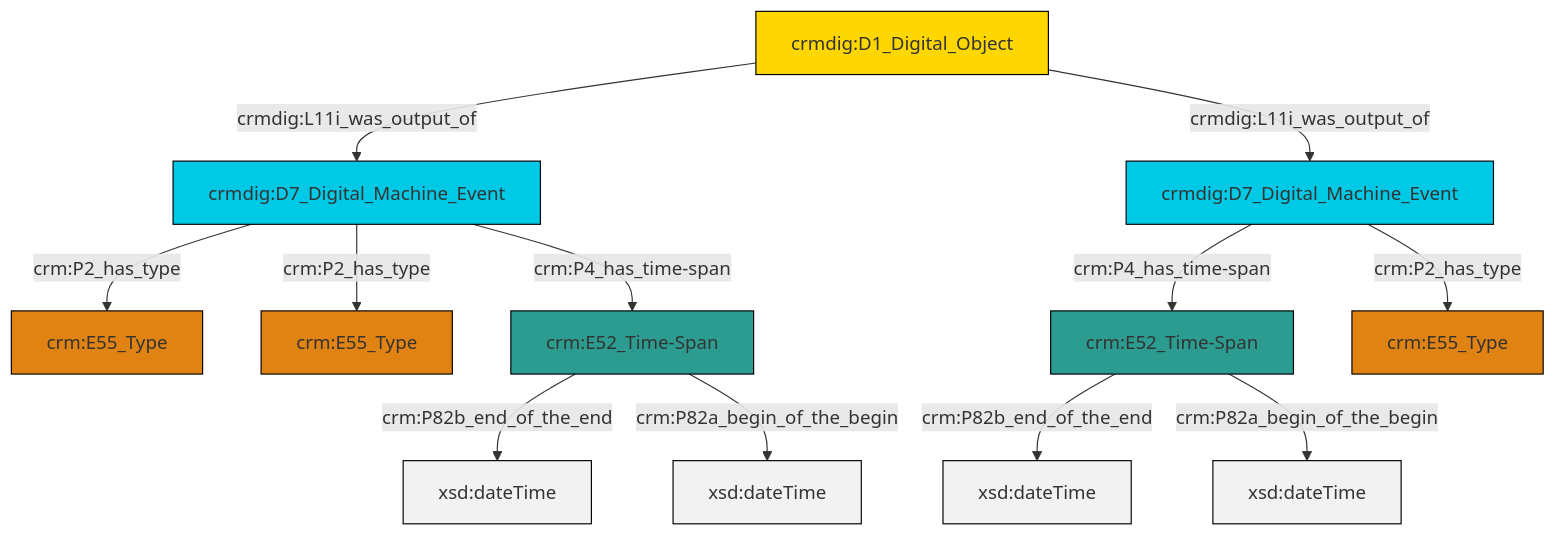
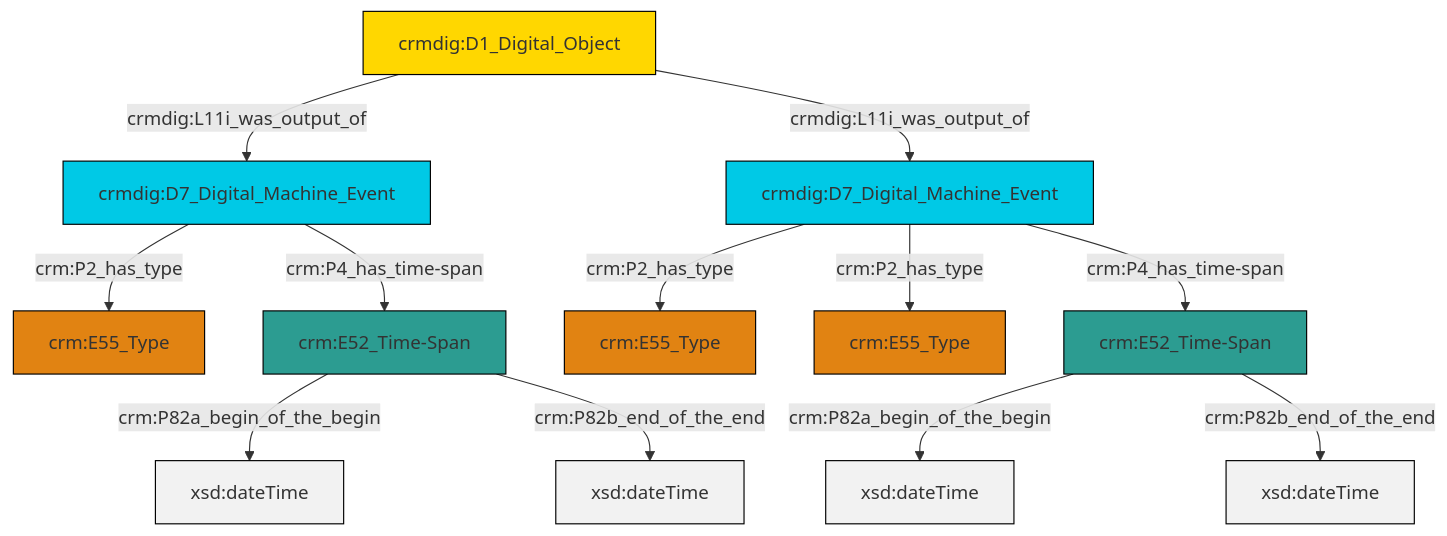
Before and after one commit to swiss-art-research-net/reference-data-models: the diagram in et/doCSV/ttl/mmd/do_existence.ttl.mmd, drawn with Mermaid. The commit also changed 128 other files, not shown here.

```diff
--- a/et/doCSV/ttl/mmd/do_existence.ttl.mmd
+++ b/et/doCSV/ttl/mmd/do_existence.ttl.mmd
@@ -1,26 +1,26 @@
 graph TD
 classDef Literal fill:#f2f2f2,stroke:#000000;
 classDef CRM_Entity fill:#FFFFFF,stroke:#000000;
 classDef Temporal_Entity fill:#00C9E6, stroke:#000000;
 classDef Type fill:#E18312, stroke:#000000;
 classDef Time-Span fill:#2C9C91, stroke:#000000;
 classDef Appellation fill:#FFEB7F, stroke:#000000;
 classDef Place fill:#008836, stroke:#000000;
 classDef Persistent_Item fill:#B266B2, stroke:#000000;
 classDef Conceptual_Object fill:#FFD700, stroke:#000000;
 classDef Physical_Thing fill:#D2B48C, stroke:#000000;
 classDef Actor fill:#f58aad, stroke:#000000;
 classDef PC_Classes fill:#4ce600, stroke:#000000;
 classDef Multi fill:#cccccc,stroke:#000000;
 
-6["crm:E52_Time-Span"]:::Time-Span -->|crm:P82b_end_of_the_end| 7[xsd:dateTime]:::Literal
-8["crmdig:D1_Digital_Object"]:::Conceptual_Object -->|crmdig:L11i_was_output_of| 9["crmdig:D7_Digital_Machine_Event"]:::Temporal_Entity
-9["crmdig:D7_Digital_Machine_Event"]:::Temporal_Entity -->|crm:P2_has_type| 2["crm:E55_Type"]:::Type
-9["crmdig:D7_Digital_Machine_Event"]:::Temporal_Entity -->|crm:P2_has_type| 10["crm:E55_Type"]:::Type
-9["crmdig:D7_Digital_Machine_Event"]:::Temporal_Entity -->|crm:P4_has_time-span| 11["crm:E52_Time-Span"]:::Time-Span
-0["crmdig:D7_Digital_Machine_Event"]:::Temporal_Entity -->|crm:P4_has_time-span| 6["crm:E52_Time-Span"]:::Time-Span
-11["crm:E52_Time-Span"]:::Time-Span -->|crm:P82b_end_of_the_end| 12[xsd:dateTime]:::Literal
-8["crmdig:D1_Digital_Object"]:::Conceptual_Object -->|crmdig:L11i_was_output_of| 0["crmdig:D7_Digital_Machine_Event"]:::Temporal_Entity
-11["crm:E52_Time-Span"]:::Time-Span -->|crm:P82a_begin_of_the_begin| 16[xsd:dateTime]:::Literal
-6["crm:E52_Time-Span"]:::Time-Span -->|crm:P82a_begin_of_the_begin| 19[xsd:dateTime]:::Literal
-0["crmdig:D7_Digital_Machine_Event"]:::Temporal_Entity -->|crm:P2_has_type| 4["crm:E55_Type"]:::Type
+2["crmdig:D1_Digital_Object"]:::Conceptual_Object -->|crmdig:L11i_was_output_of| 0["crmdig:D7_Digital_Machine_Event"]:::Temporal_Entity
+3["crm:E52_Time-Span"]:::Time-Span -->|crm:P82a_begin_of_the_begin| 4[xsd:dateTime]:::Literal
+5["crmdig:D7_Digital_Machine_Event"]:::Temporal_Entity -->|crm:P2_has_type| 6["crm:E55_Type"]:::Type
+7["crm:E52_Time-Span"]:::Time-Span -->|crm:P82a_begin_of_the_begin| 8[xsd:dateTime]:::Literal
+5["crmdig:D7_Digital_Machine_Event"]:::Temporal_Entity -->|crm:P2_has_type| 14["crm:E55_Type"]:::Type
+0["crmdig:D7_Digital_Machine_Event"]:::Temporal_Entity -->|crm:P2_has_type| 9["crm:E55_Type"]:::Type
+3["crm:E52_Time-Span"]:::Time-Span -->|crm:P82b_end_of_the_end| 17[xsd:dateTime]:::Literal
+5["crmdig:D7_Digital_Machine_Event"]:::Temporal_Entity -->|crm:P4_has_time-span| 3["crm:E52_Time-Span"]:::Time-Span
+0["crmdig:D7_Digital_Machine_Event"]:::Temporal_Entity -->|crm:P4_has_time-span| 7["crm:E52_Time-Span"]:::Time-Span
+2["crmdig:D1_Digital_Object"]:::Conceptual_Object -->|crmdig:L11i_was_output_of| 5["crmdig:D7_Digital_Machine_Event"]:::Temporal_Entity
+7["crm:E52_Time-Span"]:::Time-Span -->|crm:P82b_end_of_the_end| 22[xsd:dateTime]:::Literal
```
